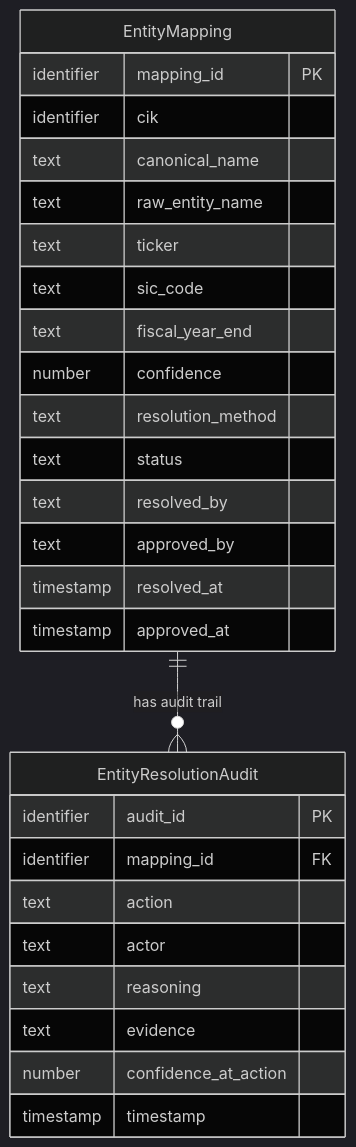
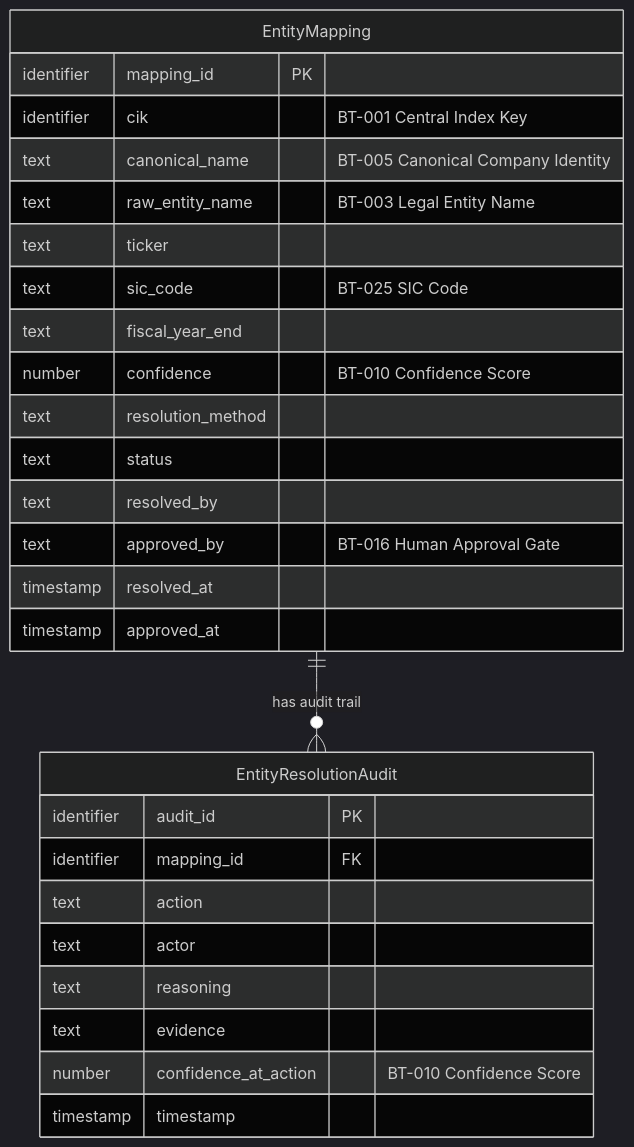
One commit to jcernauske/sec-edgair changed the fourth of 9 diagrams in README.md. Above: the diagram before and after it, drawn with Mermaid (dark theme). The commit also changed other lines of this file, not shown here.

First line of the commit message:
docs: add business term labels to logical model Mermaid diagrams in README

````diff
--- a/README.md
+++ b/README.md
@@ -212,30 +212,30 @@
 ```mermaid
 erDiagram
     EntityMapping {
         identifier mapping_id PK
-        identifier cik
-        text canonical_name
-        text raw_entity_name
+        identifier cik "BT-001 Central Index Key"
+        text canonical_name "BT-005 Canonical Company Identity"
+        text raw_entity_name "BT-003 Legal Entity Name"
         text ticker
-        text sic_code
+        text sic_code "BT-025 SIC Code"
         text fiscal_year_end
-        number confidence
+        number confidence "BT-010 Confidence Score"
         text resolution_method
         text status
         text resolved_by
-        text approved_by
+        text approved_by "BT-016 Human Approval Gate"
         timestamp resolved_at
         timestamp approved_at
     }
     EntityResolutionAudit {
         identifier audit_id PK
         identifier mapping_id FK
         text action
         text actor
         text reasoning
         text evidence
-        number confidence_at_action
+        number confidence_at_action "BT-010 Confidence Score"
         timestamp timestamp
     }
     EntityMapping ||--o{ EntityResolutionAudit : "has audit trail"
 ```
````
